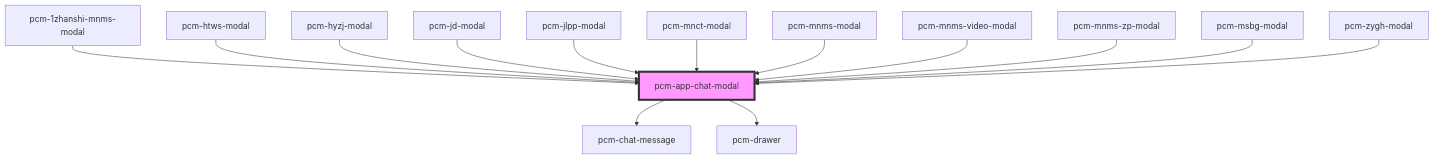
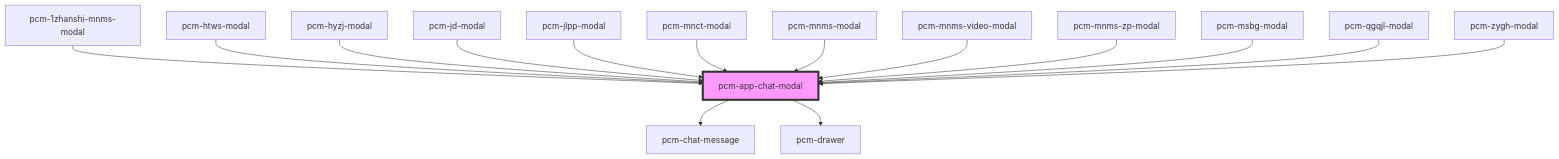
One commit to Pincaimao/pcm-agents-sdk changed the diagram in packages/pcm-agents/docs/components/pcm-app-chat-modal/readme.md. Above: the diagram before and after it, drawn with Mermaid. The commit also changed other lines of this file and 2 other files, not shown here.

Commit message:
添加文档

````diff
--- a/packages/pcm-agents/docs/components/pcm-app-chat-modal/readme.md
+++ b/packages/pcm-agents/docs/components/pcm-app-chat-modal/readme.md
@@ -72,17 +73,18 @@
 ```mermaid
 graph TD;
   pcm-app-chat-modal --> pcm-chat-message
   pcm-app-chat-modal --> pcm-drawer
   pcm-1zhanshi-mnms-modal --> pcm-app-chat-modal
   pcm-htws-modal --> pcm-app-chat-modal
   pcm-hyzj-modal --> pcm-app-chat-modal
   pcm-jd-modal --> pcm-app-chat-modal
   pcm-jlpp-modal --> pcm-app-chat-modal
   pcm-mnct-modal --> pcm-app-chat-modal
   pcm-mnms-modal --> pcm-app-chat-modal
   pcm-mnms-video-modal --> pcm-app-chat-modal
   pcm-mnms-zp-modal --> pcm-app-chat-modal
   pcm-msbg-modal --> pcm-app-chat-modal
+  pcm-qgqjl-modal --> pcm-app-chat-modal
   pcm-zygh-modal --> pcm-app-chat-modal
   style pcm-app-chat-modal fill:#f9f,stroke:#333,stroke-width:4px
 ```
````
